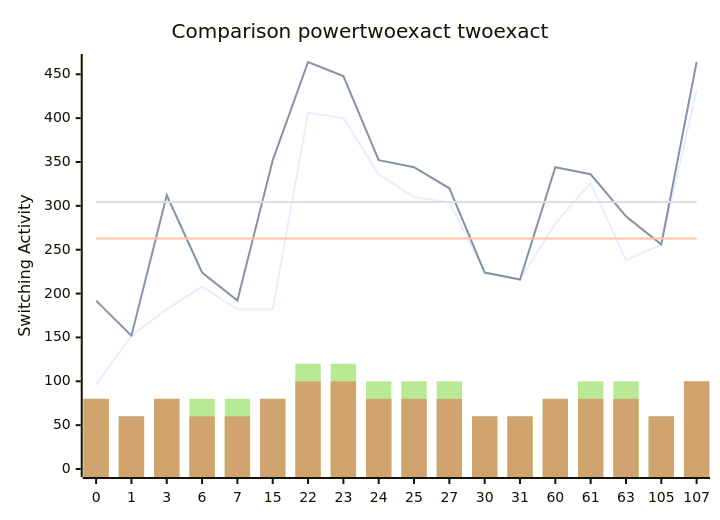
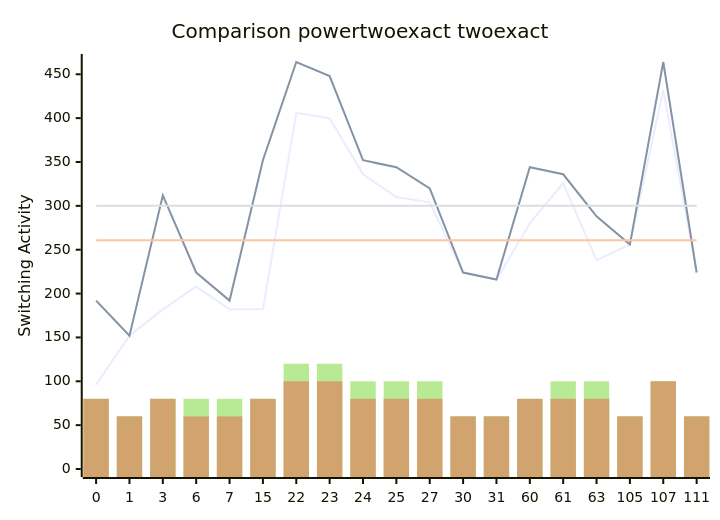
The diagram in benchmark.md (FeldmeierMichael/Exact-Power-Synthesis), drawn with Mermaid before and after one commit. The commit also changed other lines of this file and 2 other files, not shown here.

````diff
--- a/benchmark.md
+++ b/benchmark.md
@@ -41,12 +43,12 @@
 ```mermaid
 xychart-beta
     title "Comparison powertwoexact twoexact"
-    x-axis [0, 1, 3, 6, 7, 15, 22, 23, 24, 25, 27, 30, 31, 60, 61, 63, 105, 107]
+    x-axis [0, 1, 3, 6, 7, 15, 22, 23, 24, 25, 27, 30, 31, 60, 61, 63, 105, 107, 111]
     y-axis "Switching Activity" 0-->464
-    line [96, 152, 182, 208, 182, 182, 406, 400, 336, 310, 304, 224, 216, 280, 326, 238, 256, 432]
-    line [192, 152, 312, 224, 192, 352, 464, 448, 352, 344, 320, 224, 216, 344, 336, 288, 256, 464]
-    line [262.77777777777777, 262.77777777777777, 262.77777777777777, 262.77777777777777, 262.77777777777777, 262.77777777777777, 262.77777777777777, 262.77777777777777, 262.77777777777777, 262.77777777777777, 262.77777777777777, 262.77777777777777, 262.77777777777777, 262.77777777777777, 262.77777777777777, 262.77777777777777, 262.77777777777777, 262.77777777777777]
-    line [304.44444444444446, 304.44444444444446, 304.44444444444446, 304.44444444444446, 304.44444444444446, 304.44444444444446, 304.44444444444446, 304.44444444444446, 304.44444444444446, 304.44444444444446, 304.44444444444446, 304.44444444444446, 304.44444444444446, 304.44444444444446, 304.44444444444446, 304.44444444444446, 304.44444444444446, 304.44444444444446]
-    bar [80, 60, 80, 80, 80, 80, 120, 120, 100, 100, 100, 60, 60, 80, 100, 100, 60, 100]
-    bar [80, 60, 80, 60, 60, 80, 100, 100, 80, 80, 80, 60, 60, 80, 80, 80, 60, 100]
+    line [96, 152, 182, 208, 182, 182, 406, 400, 336, 310, 304, 224, 216, 280, 326, 238, 256, 432, 224]
+    line [192, 152, 312, 224, 192, 352, 464, 448, 352, 344, 320, 224, 216, 344, 336, 288, 256, 464, 224]
+    line [260.7368421052632, 260.7368421052632, 260.7368421052632, 260.7368421052632, 260.7368421052632, 260.7368421052632, 260.7368421052632, 260.7368421052632, 260.7368421052632, 260.7368421052632, 260.7368421052632, 260.7368421052632, 260.7368421052632, 260.7368421052632, 260.7368421052632, 260.7368421052632, 260.7368421052632, 260.7368421052632, 260.7368421052632]
+    line [300.2105263157895, 300.2105263157895, 300.2105263157895, 300.2105263157895, 300.2105263157895, 300.2105263157895, 300.2105263157895, 300.2105263157895, 300.2105263157895, 300.2105263157895, 300.2105263157895, 300.2105263157895, 300.2105263157895, 300.2105263157895, 300.2105263157895, 300.2105263157895, 300.2105263157895, 300.2105263157895, 300.2105263157895]
+    bar [80, 60, 80, 80, 80, 80, 120, 120, 100, 100, 100, 60, 60, 80, 100, 100, 60, 100, 60]
+    bar [80, 60, 80, 60, 60, 80, 100, 100, 80, 80, 80, 60, 60, 80, 80, 80, 60, 100, 60]
 ```
````
